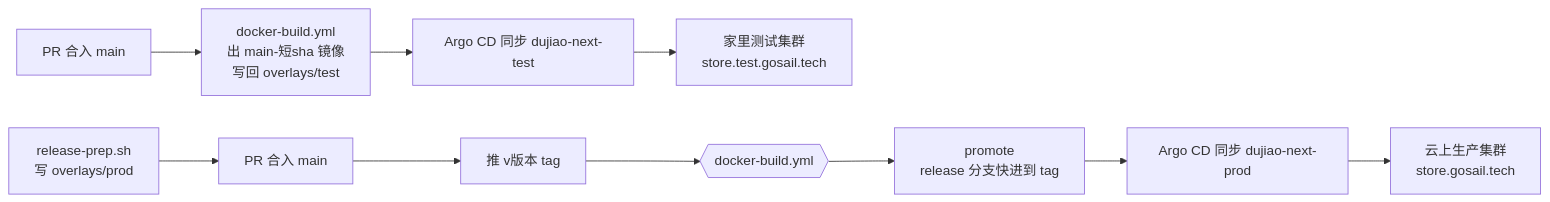
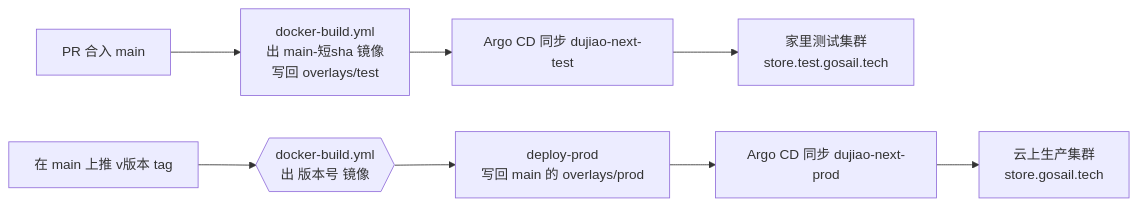
One commit to HubWu42/dujiao-next-public-archive changed the diagram in fleet-doc/ops.md. Above: the diagram before and after it, drawn with Mermaid. The commit also changed other lines of this file and 6 other files, not shown here.

Commit message:
feat(release): 打 tag 后构建并回写 main 的 overlays/prod，去掉 release 分支与 release-prep，加回滚入口 (GS-572) (#4)

````diff
--- a/fleet-doc/ops.md
+++ b/fleet-doc/ops.md
@@ -18,13 +18,11 @@
 ```mermaid
 flowchart LR
     PR["PR 合入 main"] --> B["docker-build.yml<br/>出 main-短sha 镜像<br/>写回 overlays/test"]
     B --> AT["Argo CD 同步 dujiao-next-test"]
     AT --> T["家里测试集群<br/>store.test.gosail.tech"]
 
-    PREP["release-prep.sh<br/>写 overlays/prod"] --> M["PR 合入 main"]
-    M --> TAG["推 v版本 tag"]
-    TAG --> DB{{"docker-build.yml"}}
-    DB --> PM["promote<br/>release 分支快进到 tag"]
+    TAG["在 main 上推 v版本 tag"] --> DB{{"docker-build.yml<br/>出 版本号 镜像"}}
+    DB --> PM["deploy-prod<br/>写回 main 的 overlays/prod"]
     PM --> AP["Argo CD 同步 dujiao-next-prod"]
     AP --> P["云上生产集群<br/>store.gosail.tech"]
 ```
````
